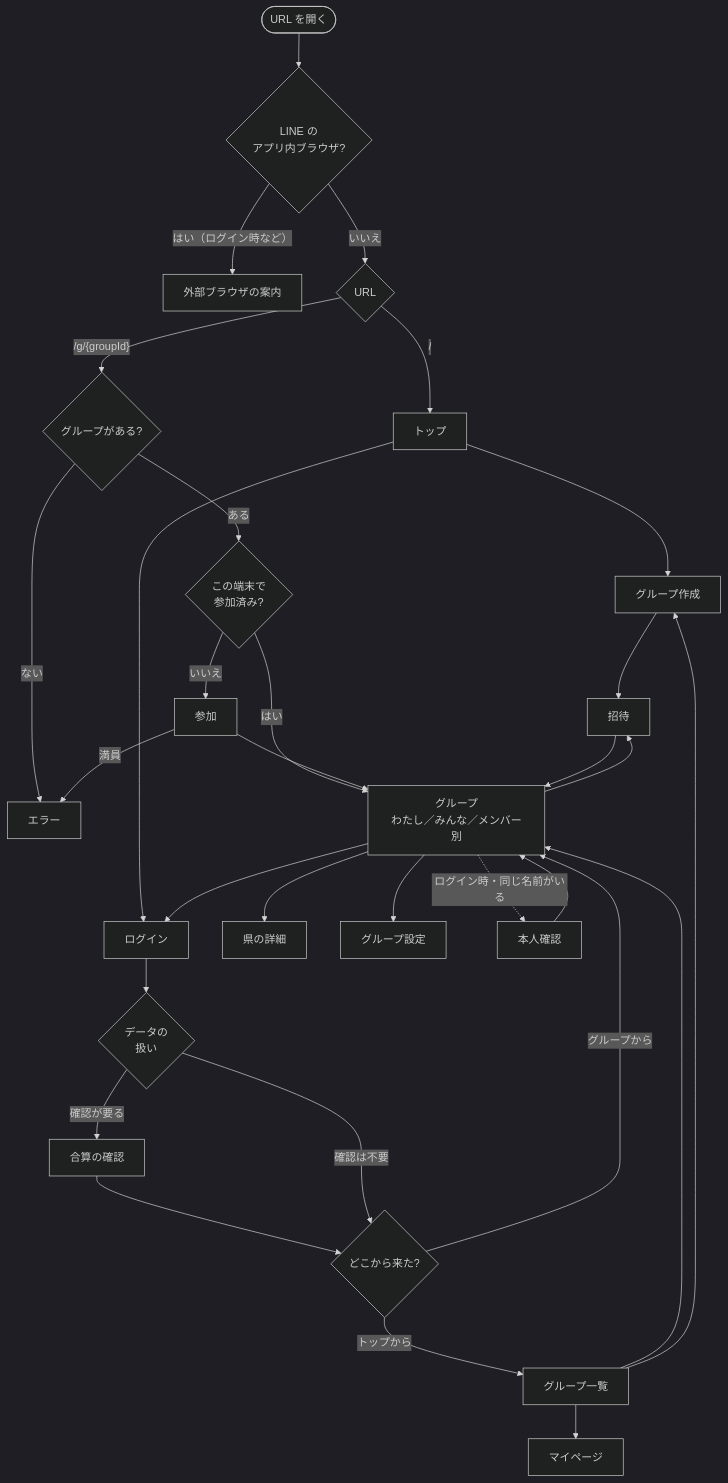
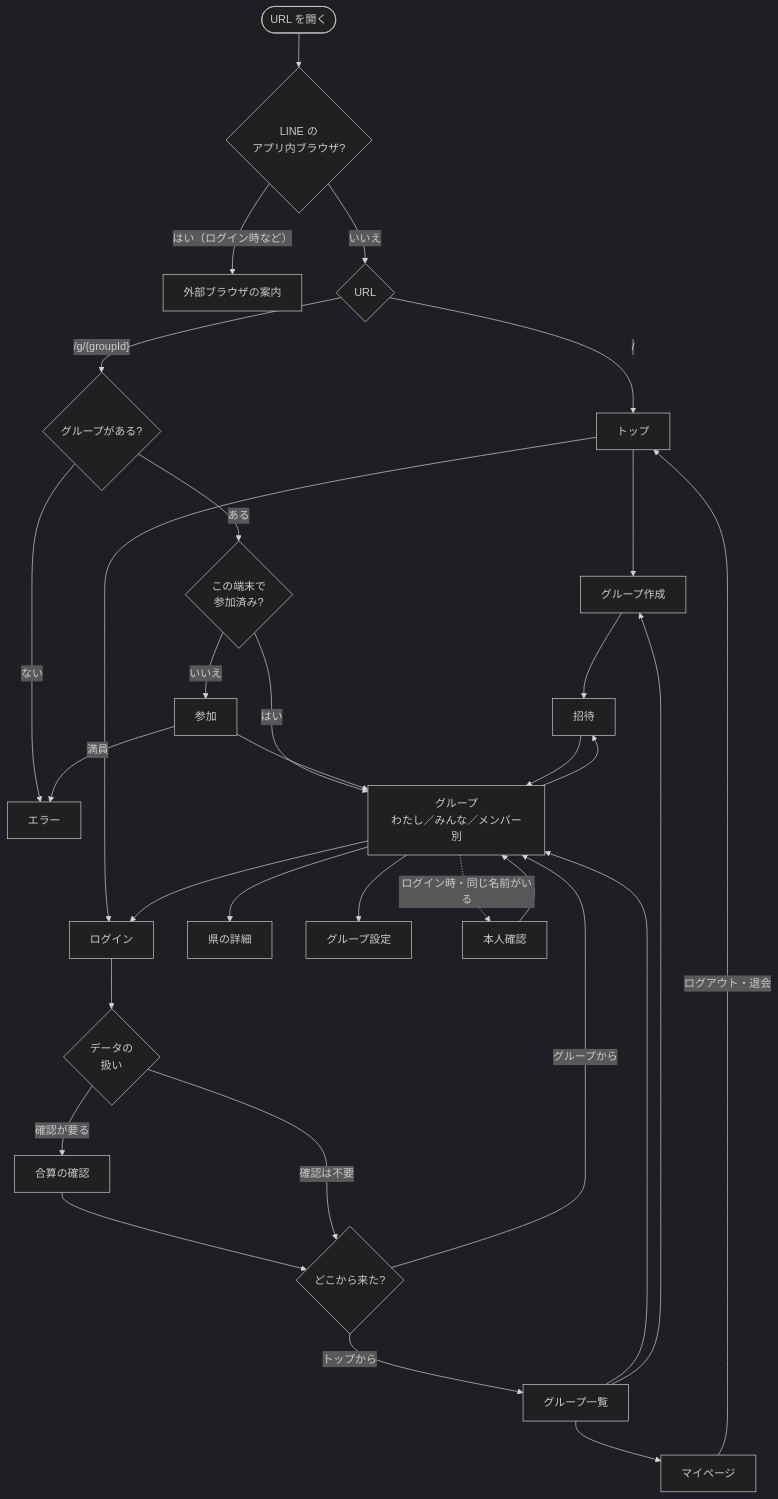
The diagram in docs/design/screens.md (yuppy52/tabikaigi-map), drawn with Mermaid (dark theme) before and after one commit. The commit also changed other lines of this file and 7 other files, not shown here.

````diff
--- a/docs/design/screens.md
+++ b/docs/design/screens.md
@@ -26,34 +28,35 @@
 ```mermaid
 flowchart TD
   Start(["URL を開く"]) --> IsLine{"LINE の<br/>アプリ内ブラウザ?"}
   IsLine -- "はい（ログイン時など）" --> ExtGuide["外部ブラウザの案内"]
   IsLine -- "いいえ" --> Route{"URL"}
 
   Route -- "/" --> Top["トップ"]
   Route -- "/g/{groupId}" --> Exists{"グループがある?"}
   Exists -- "ない" --> Err["エラー"]
   Exists -- "ある" --> Known{"この端末で<br/>参加済み?"}
   Known -- "はい" --> Group
   Known -- "いいえ" --> Join["参加"]
   Join -- "満員" --> Err
   Join --> Group
 
   Top --> Create["グループ作成"] --> Invite["招待"] --> Group
   Top --> Login["ログイン"]
 
   Group["グループ<br/>わたし／みんな／メンバー別"] --> Pref["県の詳細"]
   Group --> Invite
   Group --> Settings["グループ設定"]
   Group --> Login
 
   Login --> Merge{"データの<br/>扱い"}
   Merge -- "確認が要る" --> MergeDlg["合算の確認"] --> AfterLogin
   Merge -- "確認は不要" --> AfterLogin{"どこから来た?"}
   AfterLogin -- "グループから" --> Group
   AfterLogin -- "トップから" --> List["グループ一覧"]
 
   List --> Group
   List --> Create
   List --> My["マイページ"]
+  My -- "ログアウト・退会" --> Top
   Group -. "ログイン時・同じ名前がいる" .-> SameName["本人確認"] --> Group
 ```
````
